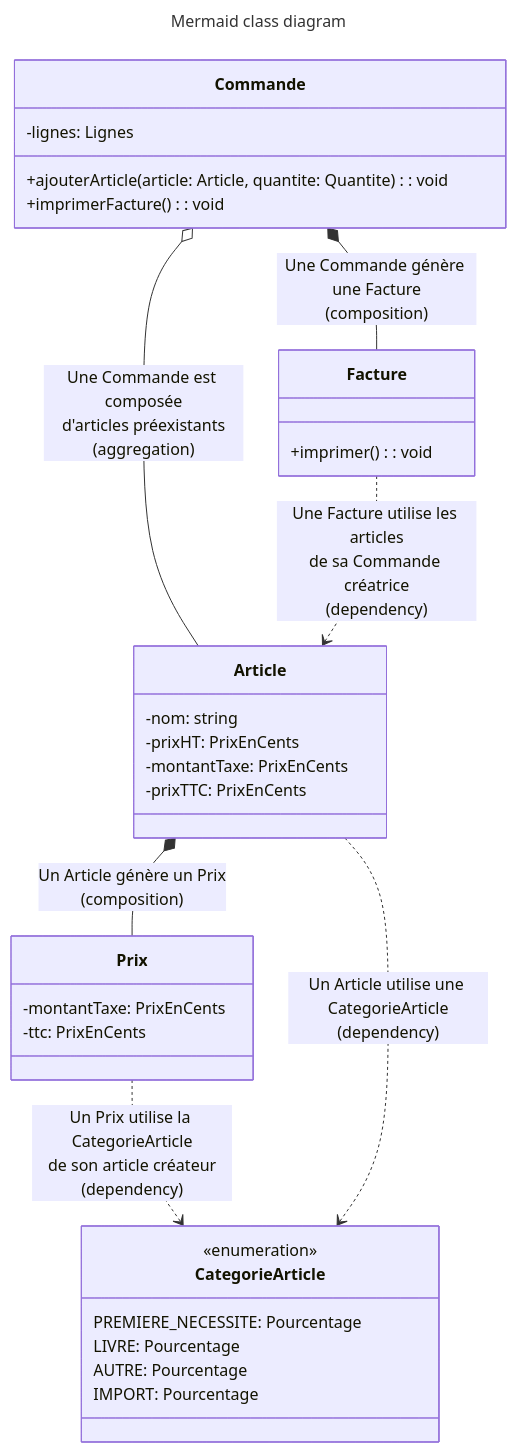
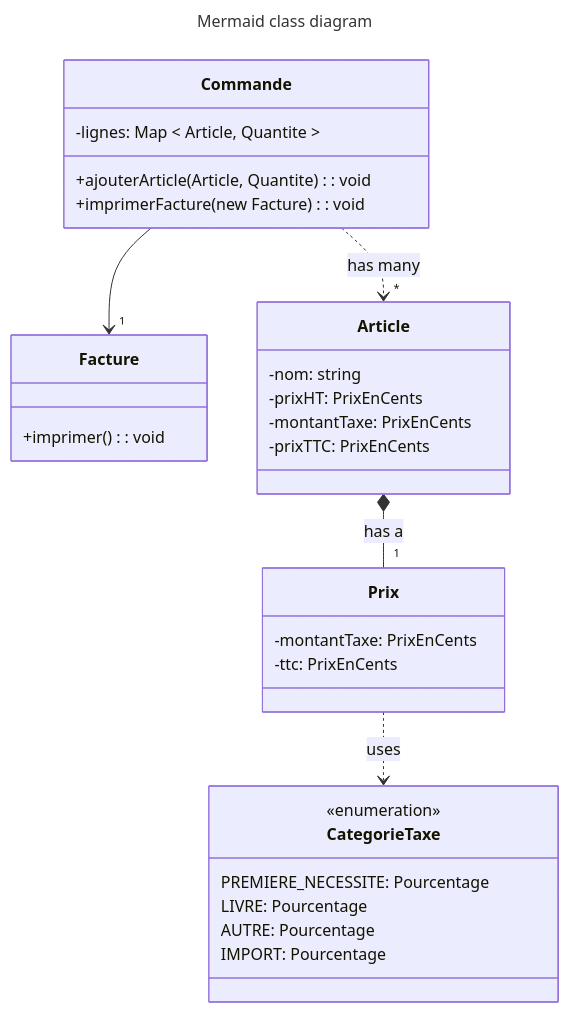
One commit to Pefington/adv-oop changed the diagram in README.md. Above: the diagram before and after it, drawn with Mermaid. The commit also changed 7 other files, not shown here.

````diff
--- a/README.md
+++ b/README.md
@@ -3,42 +3,40 @@
 ```mermaid
 ---
 title: Mermaid class diagram
 ---
 classDiagram
-  Commande *-- Facture : Une Commande génère une Facture<br/>(composition)
-  Commande o-- Article : Une Commande est composée<br/>d'articles préexistants<br/>(aggregation)
-  Facture ..> Article : Une Facture utilise les articles<br/>de sa Commande créatrice<br/>(dependency)
-  Article *-- Prix : Un Article génère un Prix<br/>(composition)
-  Prix ..> CategorieArticle : Un Prix utilise la CategorieArticle<br/>de son article créateur<br/>(dependency)
-  Article ..> CategorieArticle : Un Article utilise une CategorieArticle<br/>(dependency)
+  Commande --> "1" Facture
+  Commande ..> "*" Article : has many
+  Article *-- "1" Prix : has a
+  Prix ..> CategorieTaxe : uses
 
   class Commande {
-    -lignes: Lignes
-    +ajouterArticle( article: Article, quantite: Quantite ): void
-    +imprimerFacture(): void
+    -lignes: Map < Article, Quantite >
+    +ajouterArticle(Article, Quantite): void
+    +imprimerFacture(new Facture): void
   }
 
   class Facture {
     +imprimer(): void
   }
 
   class Article {
     -nom: string
     -prixHT: PrixEnCents
     -montantTaxe: PrixEnCents
     -prixTTC: PrixEnCents
   }
 
   class Prix {
     -montantTaxe: PrixEnCents
     -ttc: PrixEnCents
   }
 
-  class CategorieArticle {
+  class CategorieTaxe {
     <<enumeration>>
     PREMIERE_NECESSITE: Pourcentage
     LIVRE: Pourcentage
     AUTRE: Pourcentage
     IMPORT: Pourcentage
   }
 ```
````
